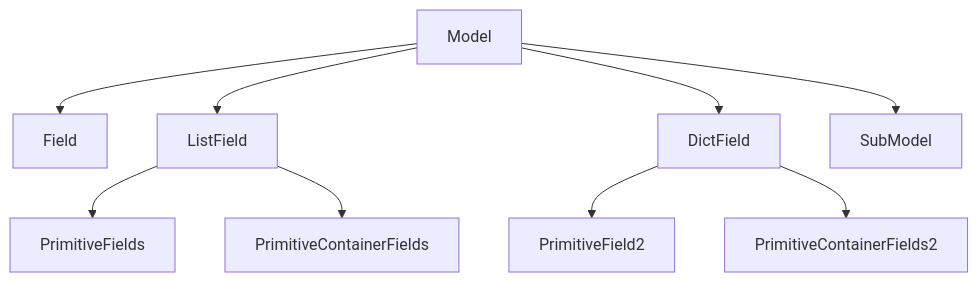
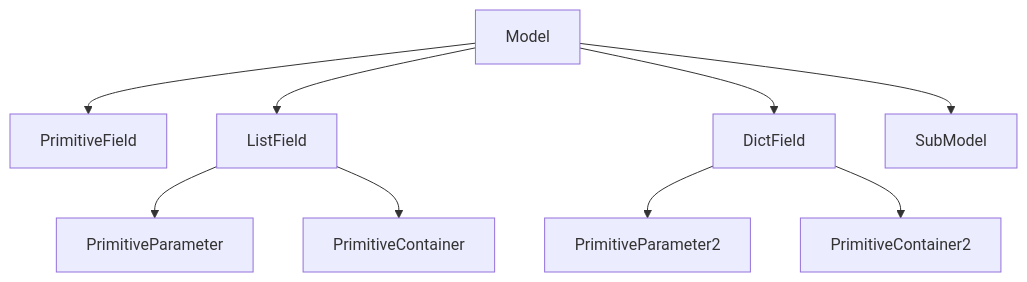
The diagram in README.md (nikitakuklev/optiblocks), drawn with Mermaid before and after one commit. The commit also changed 3 other files, not shown here.

````diff
--- a/README.md
+++ b/README.md
@@ -33,11 +33,11 @@
 ```mermaid
 graph
-    Model --> Field;
+    Model --> PrimitiveField;
     Model --> ListField;
     Model --> DictField;
     Model --> SubModel;
-    ListField --> PrimitiveFields;
-    ListField --> PrimitiveContainerFields;
-    DictField --> PrimitiveField2;
-    DictField --> PrimitiveContainerFields2;
+    ListField --> PrimitiveParameter;
+    ListField --> PrimitiveContainer;
+    DictField --> PrimitiveParameter2;
+    DictField --> PrimitiveContainer2;
 ```
````
